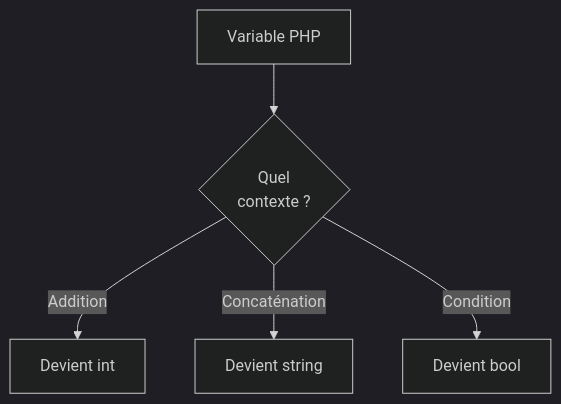
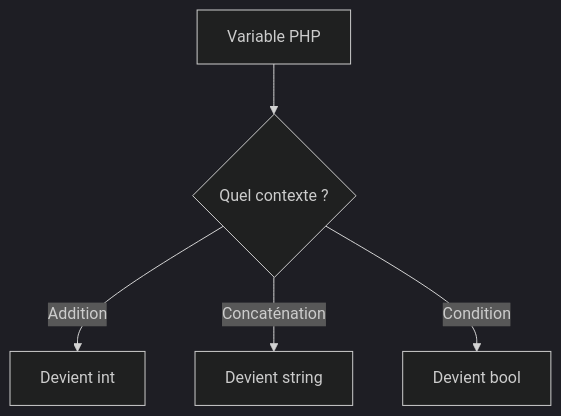
One commit to zyrass/omnydocs changed the second of 2 diagrams in docs/bases/fondamentaux/types-primitifs.md. Above: the diagram before and after it, drawn with Mermaid (dark theme). The commit also changed other lines of this file and 12 other files, not shown here.

````diff
--- a/docs/bases/fondamentaux/types-primitifs.md
+++ b/docs/bases/fondamentaux/types-primitifs.md
@@ -205,7 +227,7 @@
 ```mermaid
-graph TB
-    Variable["Variable PHP"] --> Contexte{"Quel<br />contexte ?"}
-    Contexte -->|Addition| Int["Devient int"]
-    Contexte -->|Concaténation| String["Devient string"]
-    Contexte -->|Condition| Bool["Devient bool"]
+flowchart TB
+  Variable["Variable PHP"] --> Contexte{"Quel contexte ?"}
+  Contexte -->|Addition| Int["Devient int"]
+  Contexte -->|Concaténation| String["Devient string"]
+  Contexte -->|Condition| Bool["Devient bool"]
 ```
````
